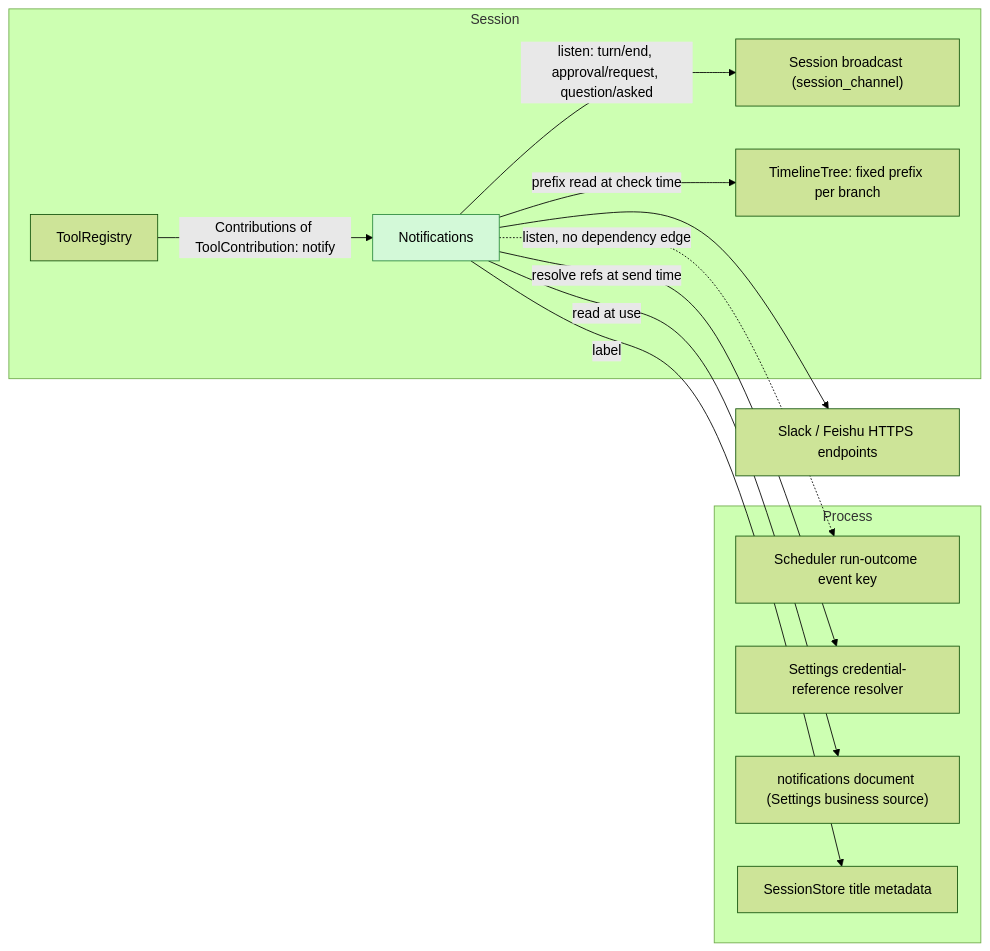
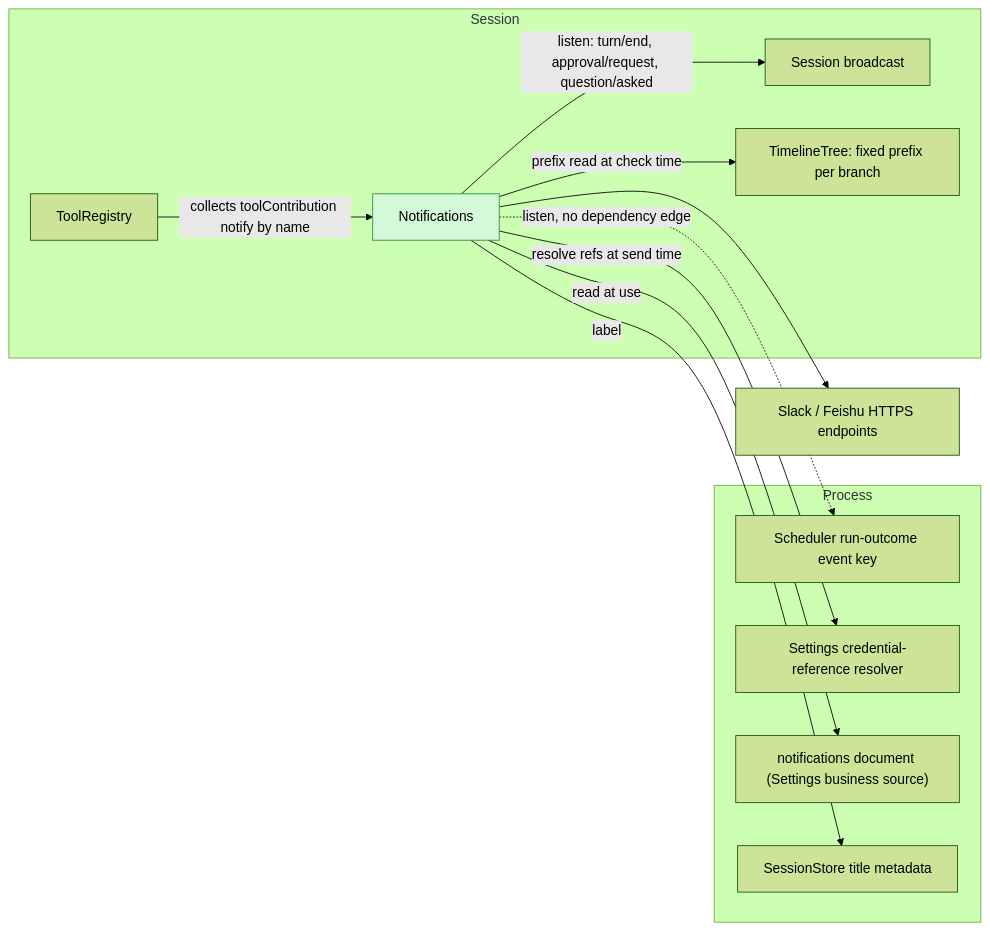
Before and after one commit to CoutinhoTTS/dim-agent: the first of 6 diagrams in docs/design/plugins/Notifications.md, drawn with Mermaid (forest theme). The commit also changed other lines of this file and 3 other files, not shown here.

````diff
--- a/docs/design/plugins/Notifications.md
+++ b/docs/design/plugins/Notifications.md
@@ -9,25 +9,25 @@
 ```mermaid
 flowchart LR
   subgraph PROC["Process"]
     RO["Scheduler run-outcome event key"]
     CRED["Settings credential-reference resolver"]
     Settings["notifications document (Settings business source)"]
     META["SessionStore title metadata"]
   end
   subgraph SESS["Session"]
     NP["Notifications"]:::new
-    SB["Session broadcast (session_channel)"]
+    SB["Session broadcast"]
     TT["TimelineTree: fixed prefix per branch"]
     TR["ToolRegistry"]
   end
   EXT["Slack / Feishu HTTPS endpoints"]
   NP -->|"listen: turn/end, approval/request, question/asked"| SB
   NP -->|"prefix read at check time"| TT
-  TR -->|"Contributions of ToolContribution: notify"| NP
+  TR -->|"collects toolContribution notify by name"| NP
   NP -.->|"listen, no dependency edge"| RO
   NP -->|"resolve refs at send time"| CRED
   NP -->|"read at use"| Settings
   NP -->|"label"| META
   NP --> EXT
   classDef new fill:#d3f9d8,stroke:#2b8a3e,color:#000
 ```
````
